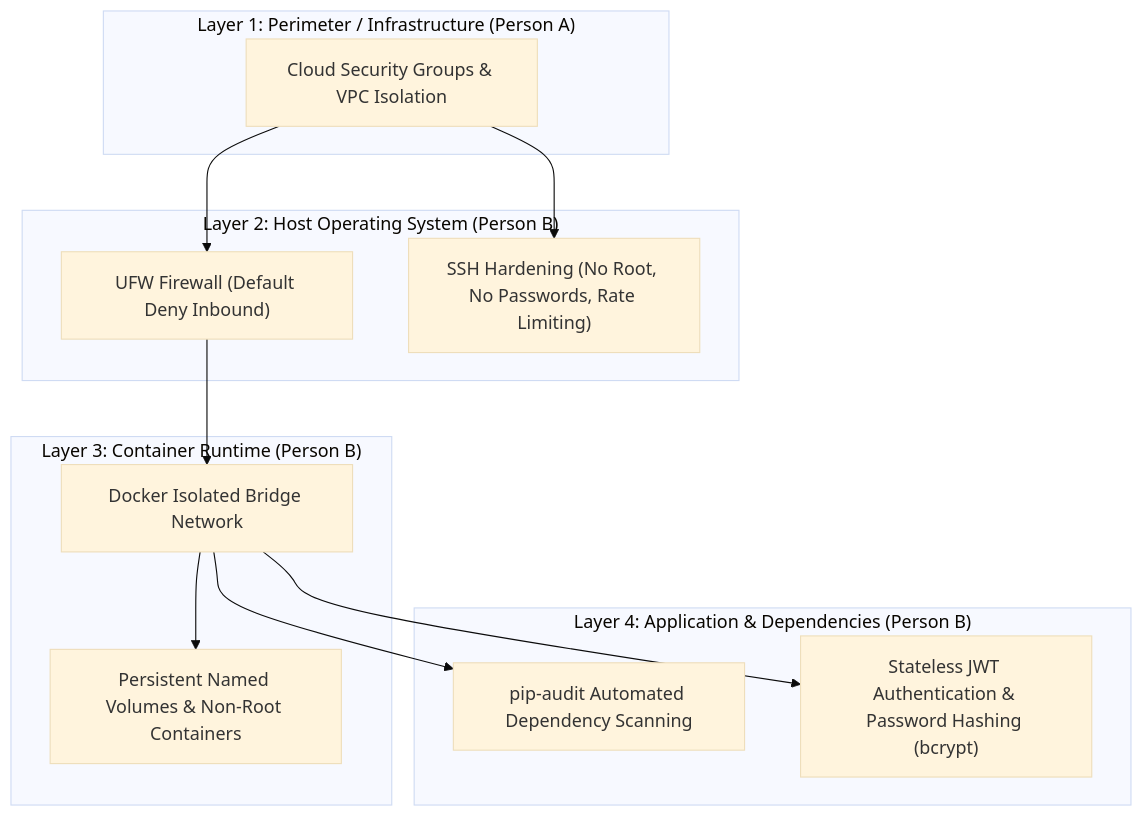
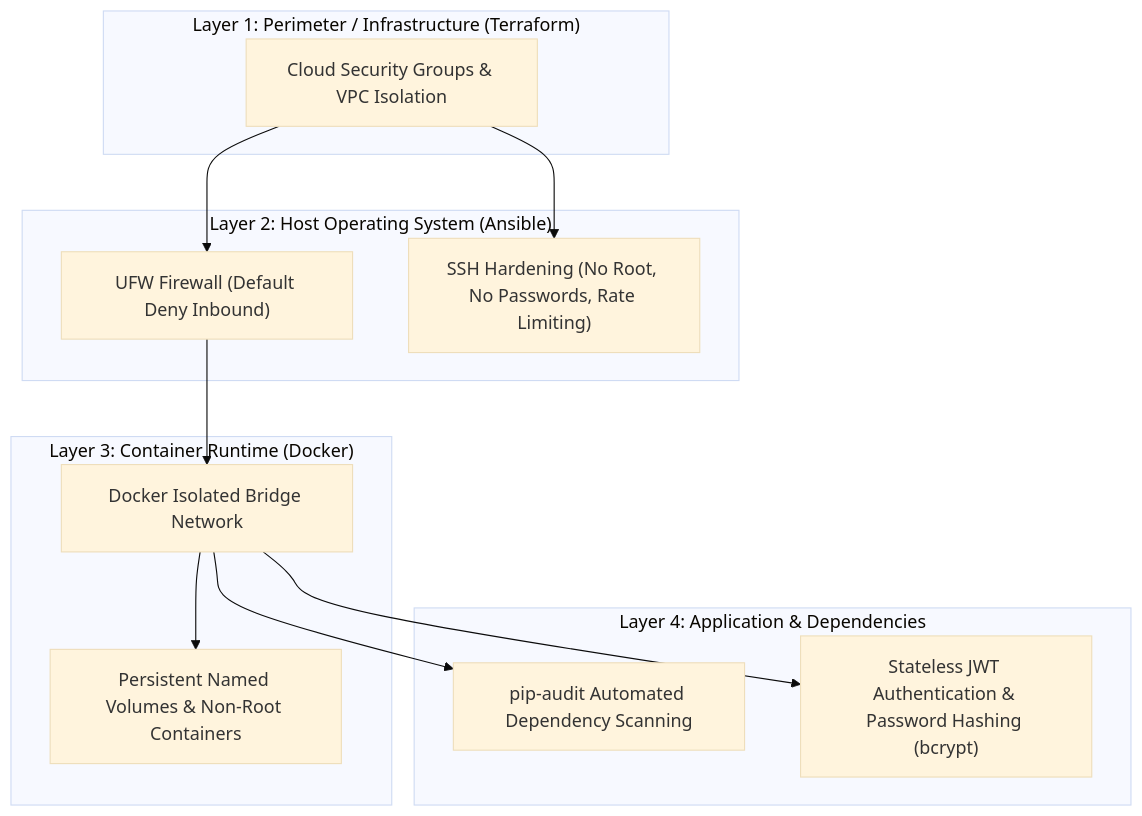
The diagram in SECURITY.md (Dankagame/Smart-learn-Aplication), drawn with Mermaid (base theme) before and after one commit. The commit also changed other lines of this file and 6 other files, not shown here.

````diff
--- a/SECURITY.md
+++ b/SECURITY.md
@@ -22,26 +22,26 @@
 ```mermaid
 flowchart TD
-    subgraph Layer1 ["Layer 1: Perimeter / Infrastructure (Person A)"]
+    subgraph Layer1 ["Layer 1: Perimeter / Infrastructure (Terraform)"]
         FW["Cloud Security Groups & VPC Isolation"]
     end
 
-    subgraph Layer2 ["Layer 2: Host Operating System (Person B)"]
+    subgraph Layer2 ["Layer 2: Host Operating System (Ansible)"]
         UFW["UFW Firewall (Default Deny Inbound)"]
         SSH["SSH Hardening (No Root, No Passwords, Rate Limiting)"]
     end
 
-    subgraph Layer3 ["Layer 3: Container Runtime (Person B)"]
+    subgraph Layer3 ["Layer 3: Container Runtime (Docker)"]
         ISO["Docker Isolated Bridge Network"]
         VOL["Persistent Named Volumes & Non-Root Containers"]
     end
 
-    subgraph Layer4 ["Layer 4: Application & Dependencies (Person B)"]
+    subgraph Layer4 ["Layer 4: Application & Dependencies"]
         AUDIT["pip-audit Automated Dependency Scanning"]
         JWT["Stateless JWT Authentication & Password Hashing (bcrypt)"]
     end
 
     FW --> UFW --> ISO --> AUDIT
     FW --> SSH
     ISO --> VOL
     ISO --> JWT
 ```
````
